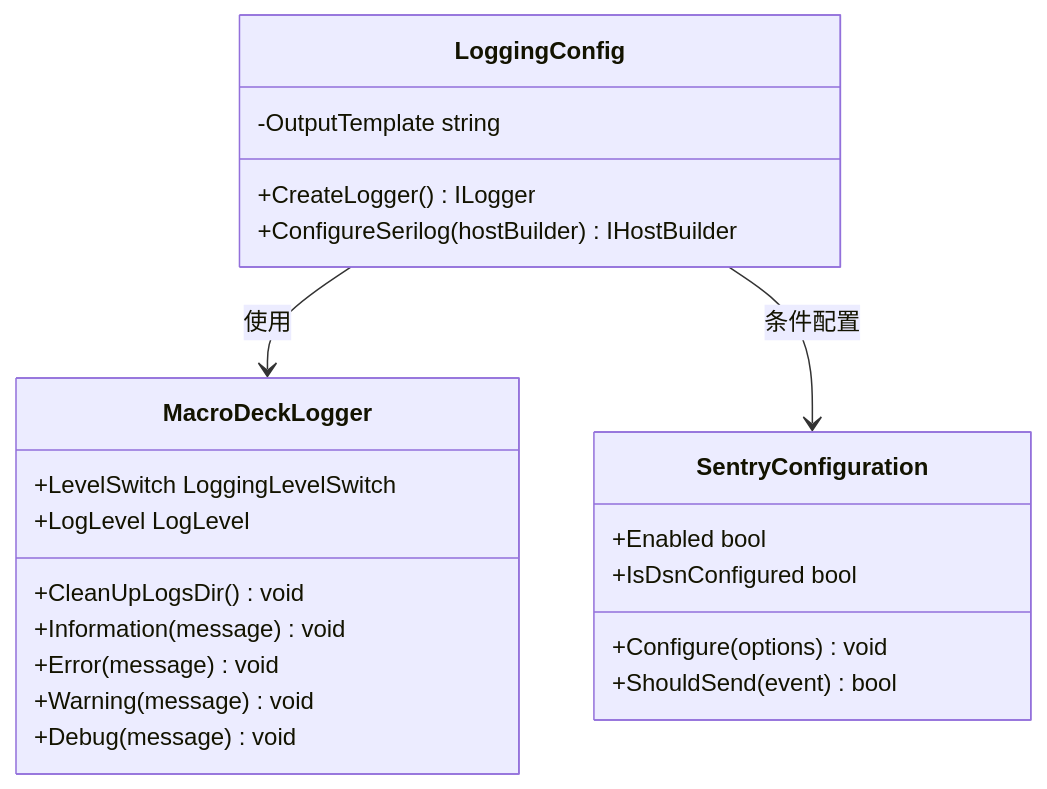
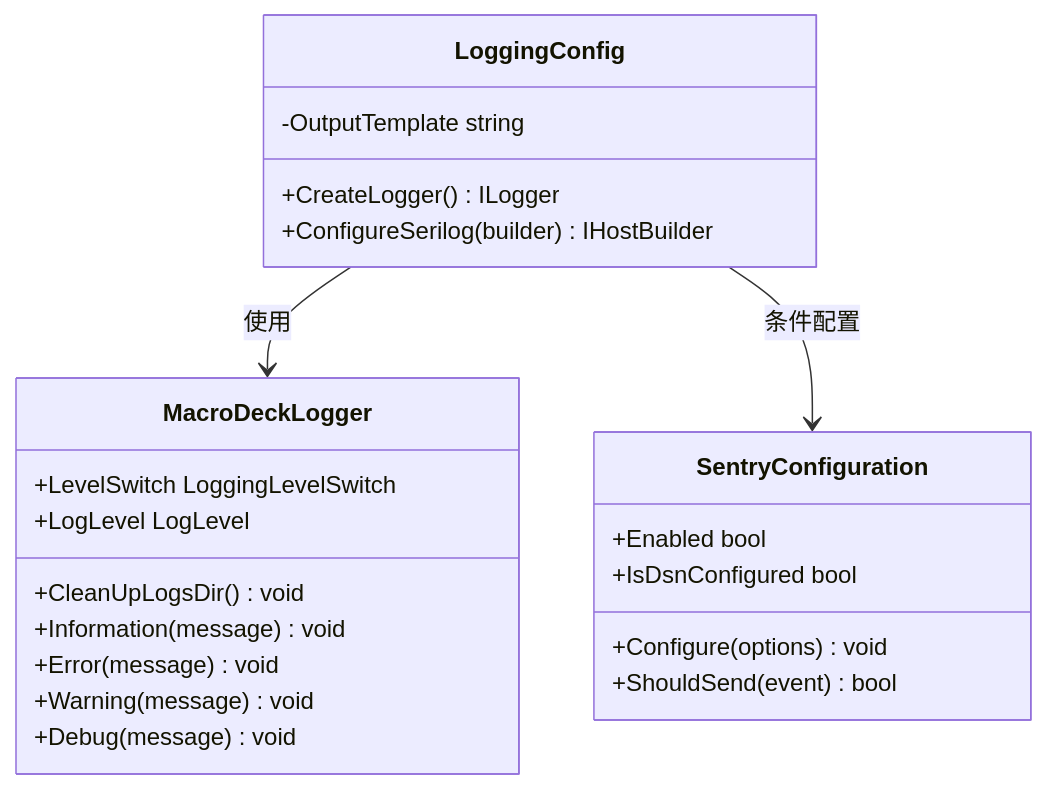
One commit to tea4go/Macro-Deck changed the fifth of 10 diagrams in .qoder/repowiki/zh/content/配置管理系统/启动配置管理.md. Above: the diagram before and after it, drawn with Mermaid. The commit also changed other lines of this file and 63 other files, not shown here.

````diff
--- a/.qoder/repowiki/zh/content/配置管理系统/启动配置管理.md
+++ b/.qoder/repowiki/zh/content/配置管理系统/启动配置管理.md
@@ -245,25 +257,25 @@
 ```mermaid
 classDiagram
 class LoggingConfig {
 +CreateLogger() ILogger
-+ConfigureSerilog(hostBuilder) IHostBuilder
++ConfigureSerilog(builder) IHostBuilder
 -OutputTemplate string
 }
 class MacroDeckLogger {
 +LevelSwitch LoggingLevelSwitch
 +LogLevel LogLevel
 +CleanUpLogsDir() void
 +Information(message) void
 +Error(message) void
 +Warning(message) void
 +Debug(message) void
 }
 class SentryConfiguration {
 +Enabled bool
 +IsDsnConfigured bool
 +Configure(options) void
 +ShouldSend(event) bool
 }
 LoggingConfig --> MacroDeckLogger : 使用
 LoggingConfig --> SentryConfiguration : 条件配置
 ```
````
